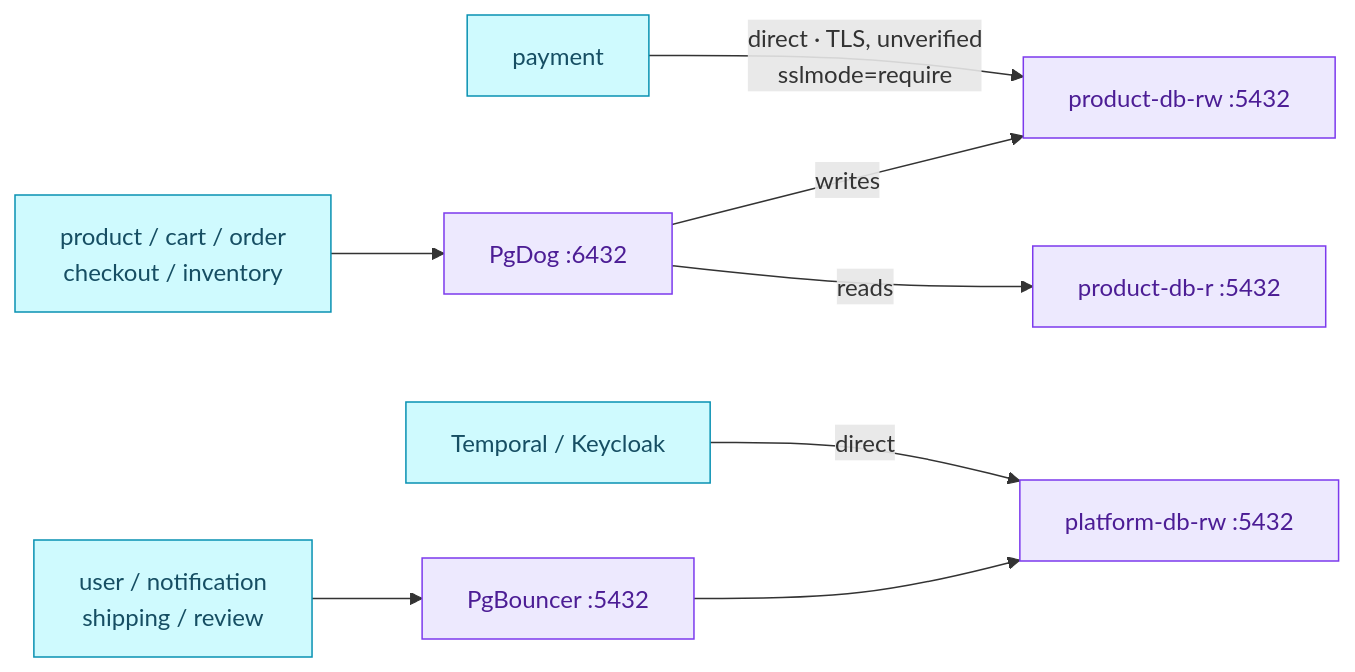
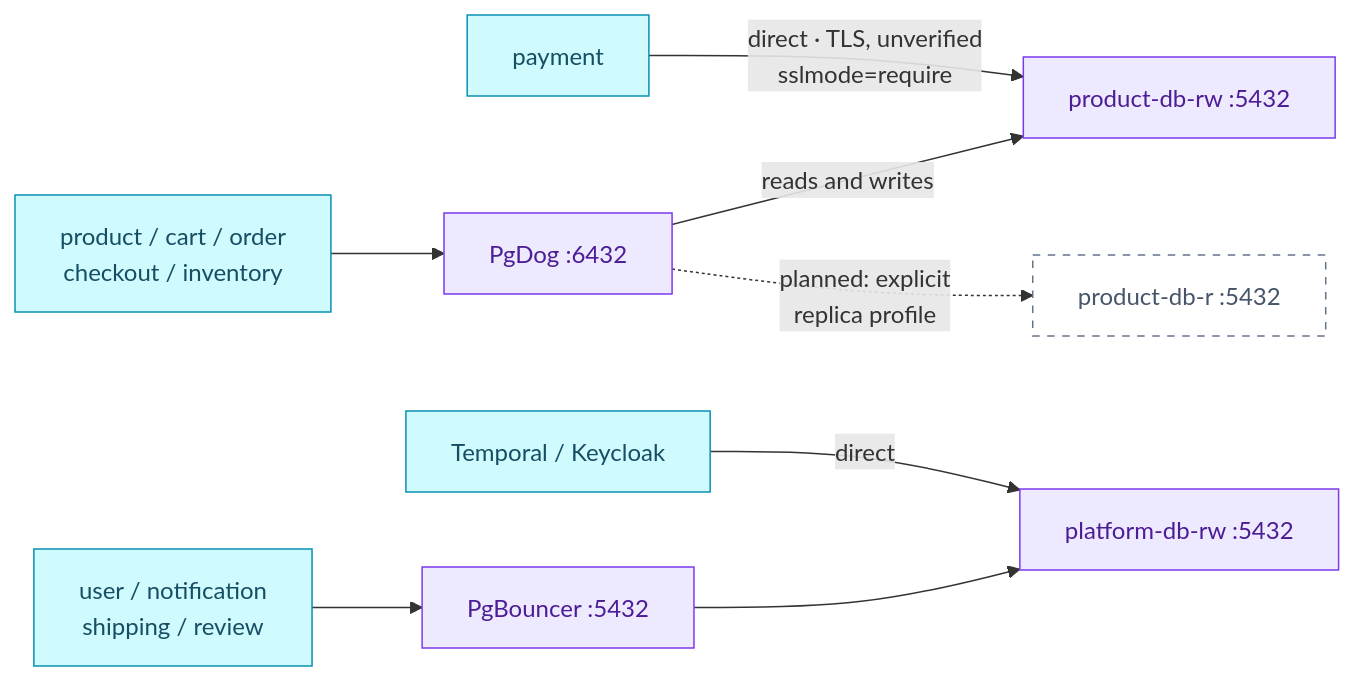
Before and after one commit to duynhlab/homelab: the diagram in docs/databases/poolers.md, drawn with Mermaid. The commit also changed other lines of this file and 8 other files, not shown here.

````diff
--- a/docs/databases/poolers.md
+++ b/docs/databases/poolers.md
@@ -34,16 +34,18 @@
 ```mermaid
 flowchart LR
     ProductClients["product / cart / order<br/>checkout / inventory"] --> PgDog["PgDog :6432"]
-    PgDog -->|"writes"| ProductRW["product-db-rw :5432"]
-    PgDog -->|"reads"| ProductR["product-db-r :5432"]
+    PgDog -->|"reads and writes"| ProductRW["product-db-rw :5432"]
+    PgDog -.->|"planned: explicit<br/>replica profile"| ProductR["product-db-r :5432"]
     Payment["payment"] -->|"direct · TLS, unverified<br/>sslmode=require"| ProductRW
 
     PlatformClients["user / notification<br/>shipping / review"] --> PgBouncer["PgBouncer :5432"]
     PgBouncer --> PlatformRW["platform-db-rw :5432"]
     Direct["Temporal / Keycloak"] -->|"direct"| PlatformRW
 
     classDef service fill:#cffafe,color:#164e63,stroke:#0891b2;
     classDef platform fill:#ede9fe,color:#4c1d95,stroke:#7c3aed;
     class ProductClients,Payment,PlatformClients,Direct service;
-    class PgDog,PgBouncer,ProductRW,ProductR,PlatformRW platform;
+    classDef planned fill:#fff,color:#475569,stroke:#64748b,stroke-dasharray:5 5;
+    class PgDog,PgBouncer,ProductRW,PlatformRW platform;
+    class ProductR planned;
 ```
````
